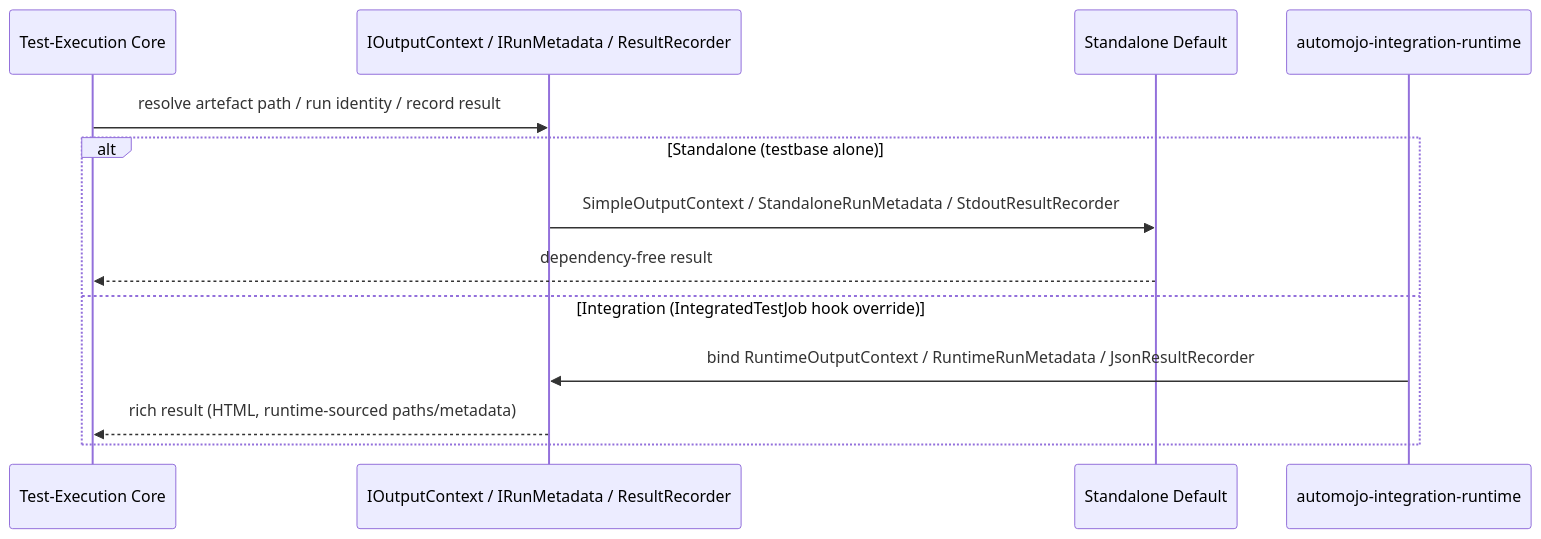
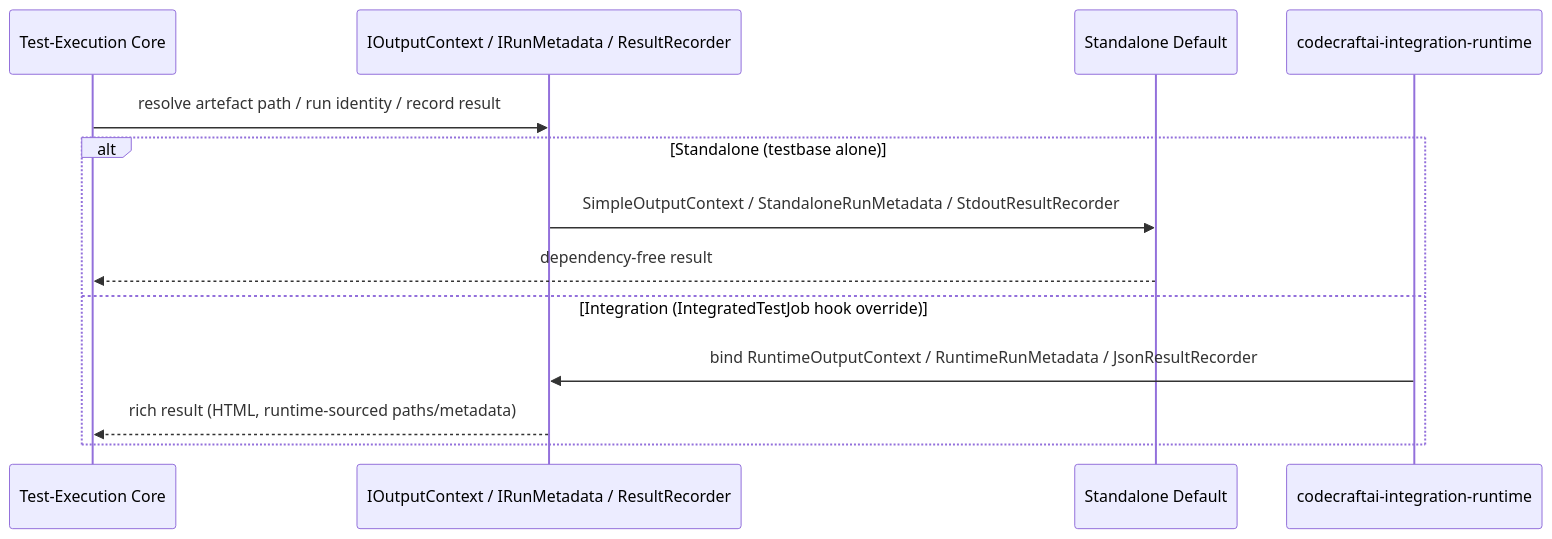
Before and after one commit to code-craft-ai-company/codecraftai-testbase: the fifth of 6 diagrams in specs/package-dependencies/design.md, drawn with Mermaid. The commit also changed other lines of this file and 638 other files, not shown here.

````diff
--- a/specs/package-dependencies/design.md
+++ b/specs/package-dependencies/design.md
@@ -327,16 +327,16 @@
 ```mermaid
 sequenceDiagram
     participant Core as Test-Execution Core
     participant Seam as IOutputContext / IRunMetadata / ResultRecorder
     participant Default as Standalone Default
-    participant Integration as automojo-integration-runtime
+    participant Integration as codecraftai-integration-runtime
 
     Core->>Seam: resolve artefact path / run identity / record result
     alt Standalone (testbase alone)
         Seam->>Default: SimpleOutputContext / StandaloneRunMetadata / StdoutResultRecorder
         Default-->>Core: dependency-free result
     else Integration (IntegratedTestJob hook override)
         Integration->>Seam: bind RuntimeOutputContext / RuntimeRunMetadata / JsonResultRecorder
         Seam-->>Core: rich result (HTML, runtime-sourced paths/metadata)
     end
 ```
````
